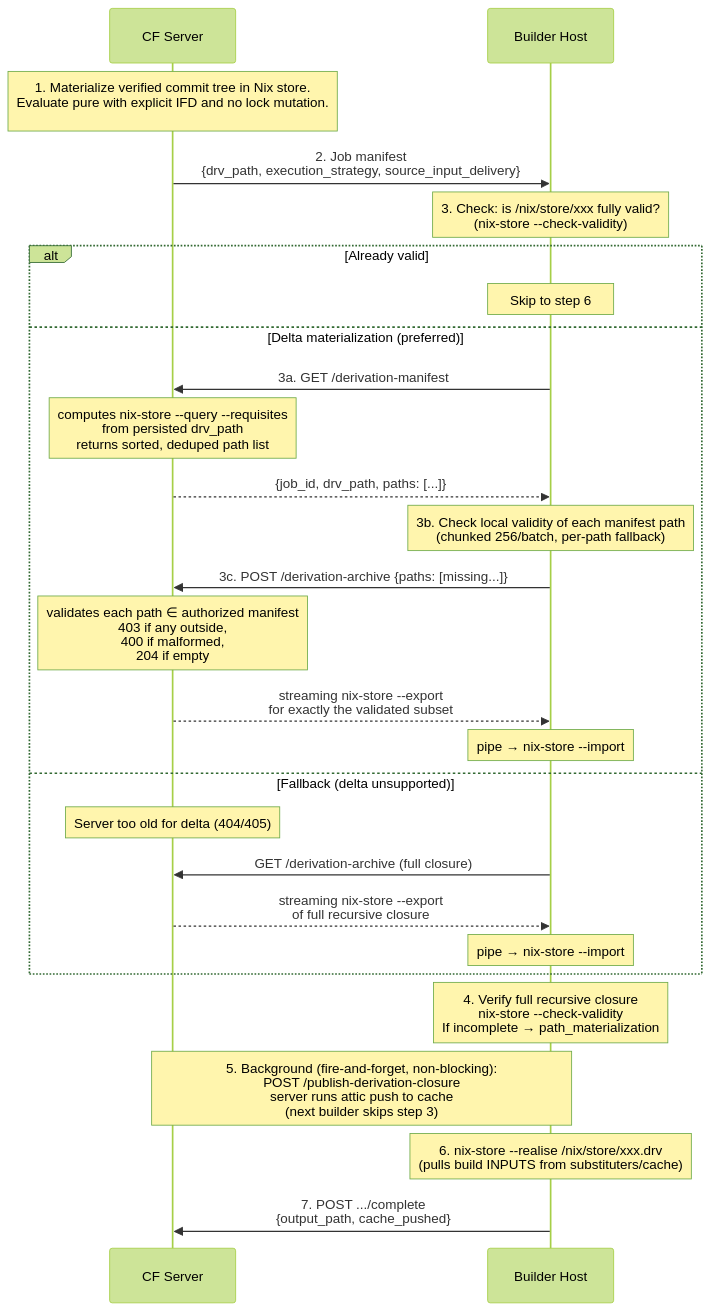
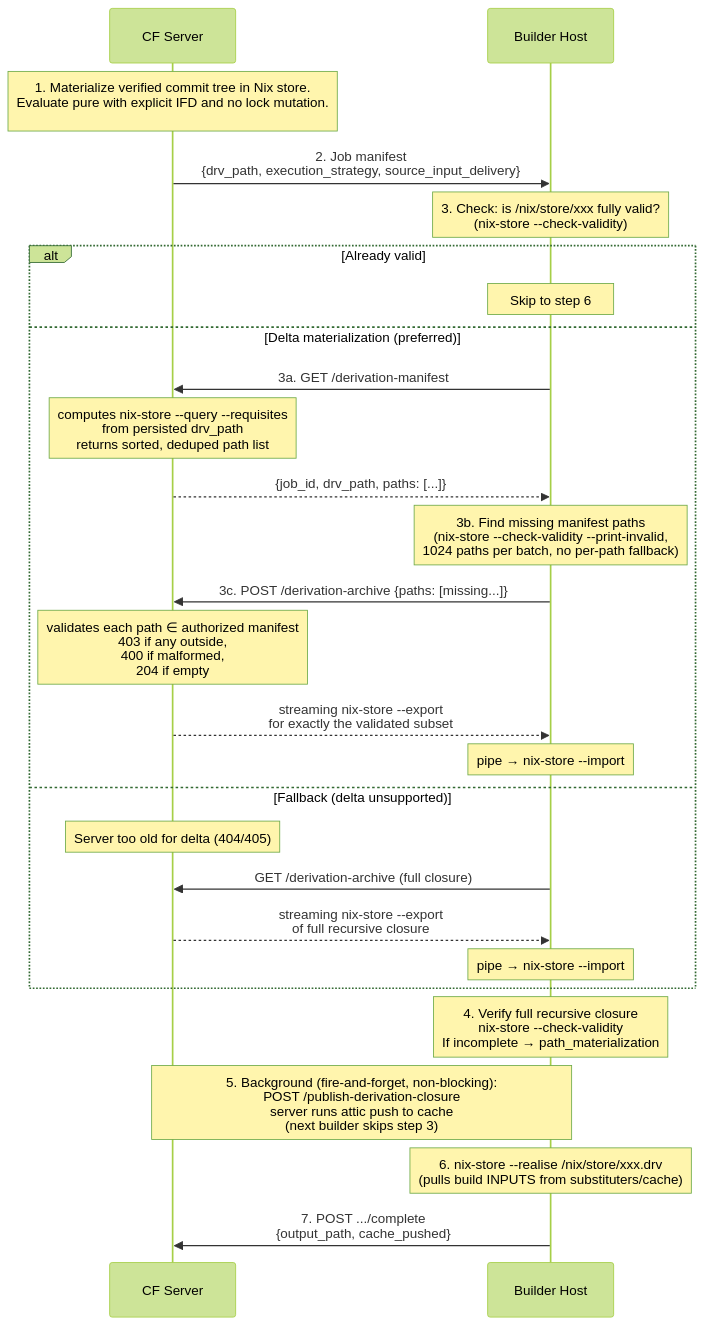
The second of 4 diagrams in docs/knowledge/builders/builder-network-flows-by-strategy.md (usmcamp0811/crystal-forge), drawn with Mermaid (forest theme) before and after one commit. The commit also changed 39 other files, not shown here.

````diff
--- a/docs/knowledge/builders/builder-network-flows-by-strategy.md
+++ b/docs/knowledge/builders/builder-network-flows-by-strategy.md
@@ -67,39 +67,39 @@
 ```mermaid
 sequenceDiagram
     participant S as CF Server
     participant B as Builder Host
 
     Note over S: 1. Materialize verified commit tree in Nix store.<br/>Evaluate pure with explicit IFD and no lock mutation.<br/>#nixosConfigurations.host.system.build.toplevel.drvPath
 
     S->>B: 2. Job manifest<br/>{drv_path, execution_strategy, source_input_delivery}
 
     Note over B: 3. Check: is /nix/store/xxx fully valid?<br/>(nix-store --check-validity)
 
     alt Already valid
         Note over B: Skip to step 6
     else Delta materialization (preferred)
         B->>S: 3a. GET /derivation-manifest
         Note over S: computes nix-store --query --requisites<br/>from persisted drv_path<br/>returns sorted, deduped path list
         S-->>B: {job_id, drv_path, paths: [...]}
 
-        Note over B: 3b. Check local validity of each manifest path<br/>(chunked 256/batch, per-path fallback)
+        Note over B: 3b. Find missing manifest paths<br/>(nix-store --check-validity --print-invalid,<br/>1024 paths per batch, no per-path fallback)
 
         B->>S: 3c. POST /derivation-archive {paths: [missing...]}
         Note over S: validates each path ∈ authorized manifest<br/>403 if any outside,<br/>400 if malformed,<br/>204 if empty
         S-->>B: streaming nix-store --export<br/>for exactly the validated subset
         Note over B: pipe → nix-store --import
     else Fallback (delta unsupported)
         Note over S: Server too old for delta (404/405)
         B->>S: GET /derivation-archive (full closure)
         S-->>B: streaming nix-store --export<br/>of full recursive closure
         Note over B: pipe → nix-store --import
     end
 
     Note over B: 4. Verify full recursive closure<br/>nix-store --check-validity<br/>If incomplete → path_materialization
 
     Note over S,B: 5. Background (fire-and-forget, non-blocking):<br/>POST /publish-derivation-closure<br/>server runs attic push to cache<br/>(next builder skips step 3)
 
     Note over B: 6. nix-store --realise /nix/store/xxx.drv<br/>(pulls build INPUTS from substituters/cache)
 
     B->>S: 7. POST .../complete<br/>{output_path, cache_pushed}
 ```
````
